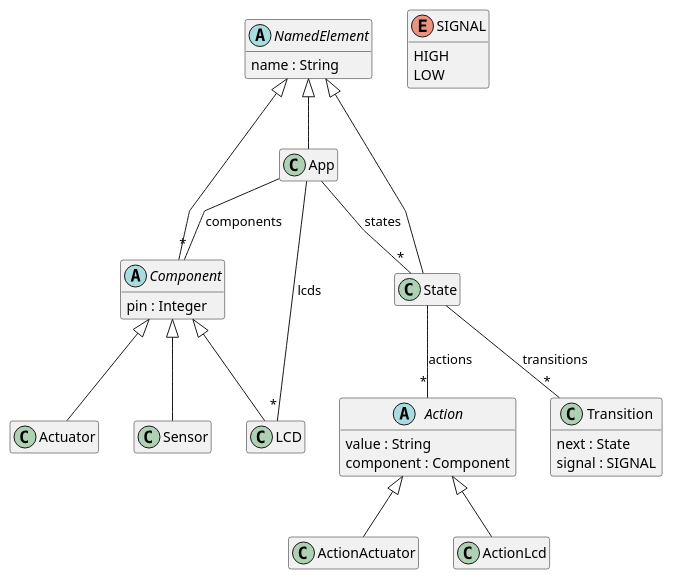
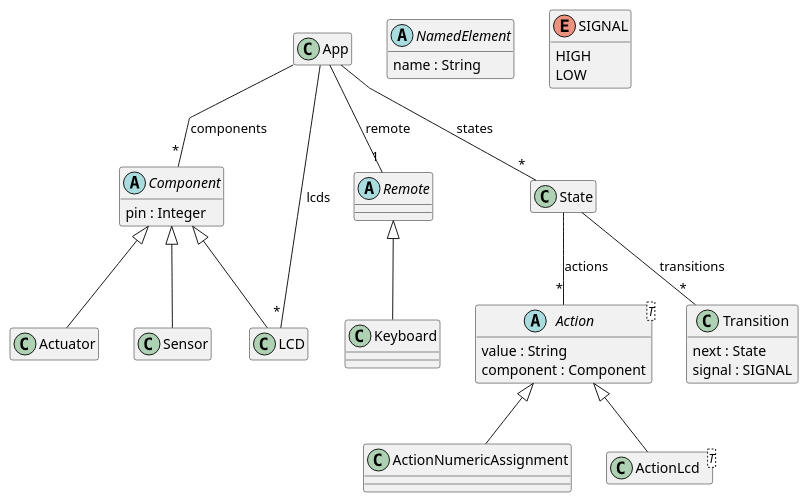
Before and after one commit to MathieuPaillart/arduinoML-dsl: the diagram in kernels/kernel.plantuml, drawn with PlantUML. The commit also changed 10 other files, not shown here.

Commit message:
Add kernel implementation of keyboard + sensor keyboard input + lcd keyboard input

```diff
--- a/kernels/kernel.plantuml
+++ b/kernels/kernel.plantuml
@@ -1,58 +1,64 @@
 @startuml
 skinparam linetype polyline
 ' Inheritance
 Component <|-- Actuator
 Component <|-- Sensor
 Component <|-- LCD
-NamedElement <|-- Component
-NamedElement <|-- State
-NamedElement <|-- App
-Action <|-- ActionActuator
+Action <|-- ActionNumericAssignment
 Action <|-- ActionLcd
+Remote <|-- Keyboard
+' NamedElement <|-- Component
+' NamedElement <|-- Remote
+' NamedElement <|-- State
+' NamedElement <|-- App
 
 ' Abstract Class Declaration
 abstract class NamedElement{
   name : String
-  }
-abstract class Action{
+}
+abstract class Action<T> {
    value : String
    component : Component
 }
 abstract class Component {
   pin : Integer
+}
+abstract class Remote {
+}
+class ActionLcd<T> {
 }
 ' Class Declaration
 class App {
 }
 class Transition {
     next : State
     signal : SIGNAL
 }
 ' Enum Declaration
 enum SIGNAL {
    HIGH
    LOW
 }
 
 ' All attributes
 App -- "*" Component : components
+App -- "1" Remote : remote
 App -- "*" LCD : lcds
 App -- "*" State : states
 State -- "*" Action : actions
 State -- "*" Transition : transitions
 
 ' Hide methods
 hide Component methods
 hide Action methods
 hide SIGNAL methods
 hide Transition methods
 hide NamedElement methods
 ' Hide members
-hide ActionActuator members
 hide LCD members
 hide ActionLcd members
 hide Sensor members
 hide App members
 hide Actuator members
 hide State members
 @enduml
```
